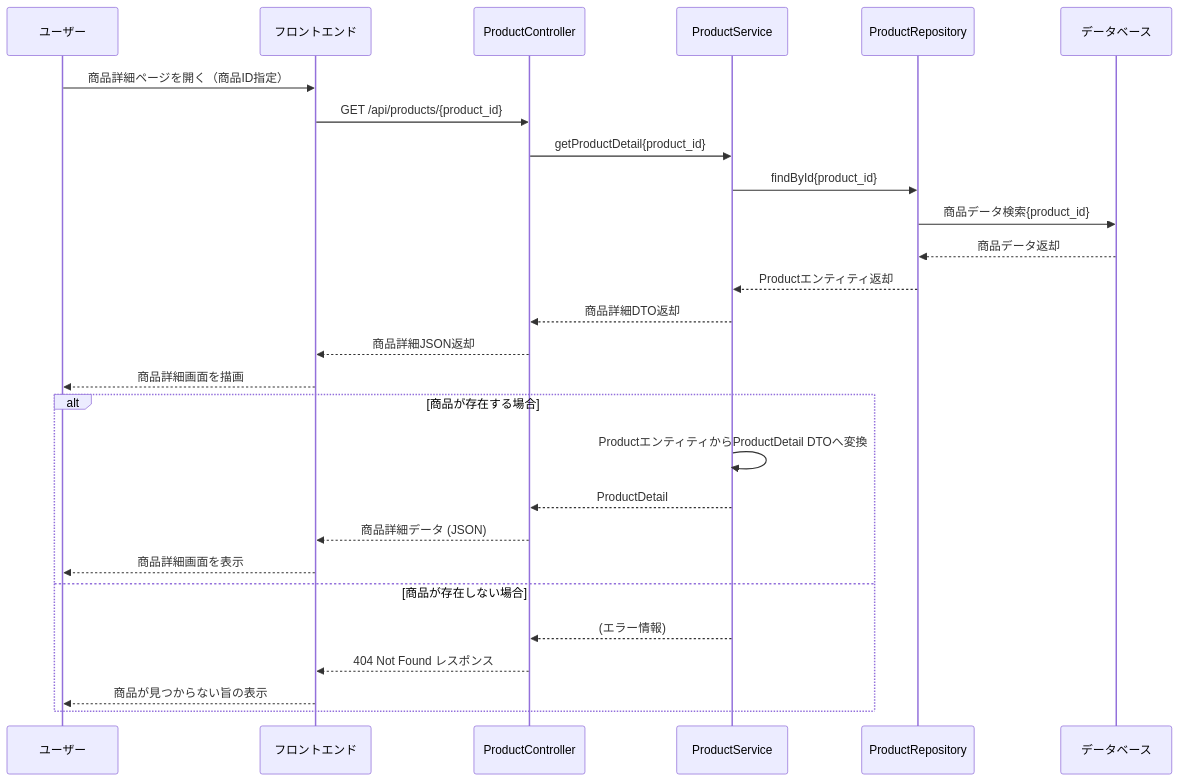
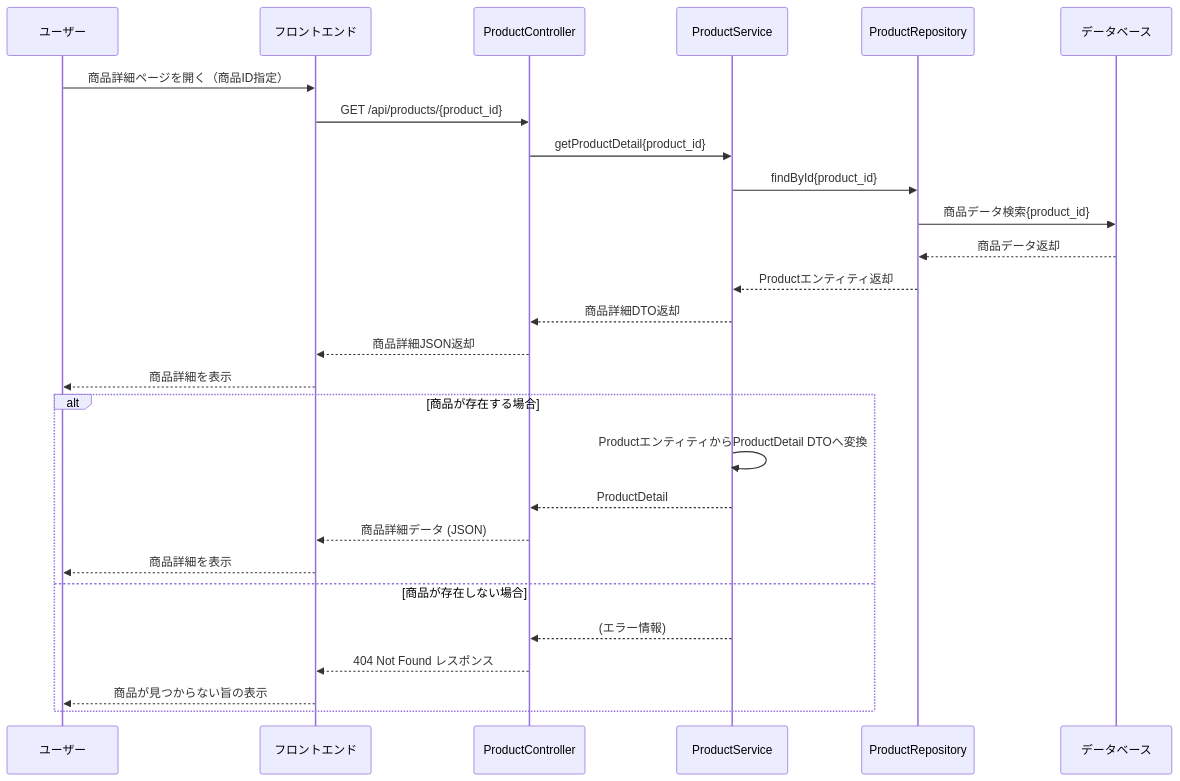
The third of 29 diagrams in 詳細設計/担当B_村田/3.2 機能詳細.md (Aoi-Yaegashi/teamF), drawn with Mermaid before and after one commit. The commit also changed other lines of this file and 1 other file, not shown here.

```diff
--- a/詳細設計/担当B_村田/3.2 機能詳細.md
+++ b/詳細設計/担当B_村田/3.2 機能詳細.md
@@ -71,30 +71,30 @@
    <div class="mermaid">
 sequenceDiagram
     participant User as ユーザー
     participant Browser as フロントエンド
     participant Controller as ProductController
     participant Service as ProductService
     participant Repo as ProductRepository
     participant DB as データベース
 
     User->>Browser: 商品詳細ページを開く（商品ID指定）
     Browser->>Controller: GET /api/products/{product_id}
     Controller->>Service: getProductDetail{product_id}
     Service->>Repo: findById{product_id}
     Repo->>DB: 商品データ検索{product_id}
     DB-->>Repo: 商品データ返却
     Repo-->>Service: Productエンティティ返却
     Service-->>Controller: 商品詳細DTO返却
     Controller-->>Browser: 商品詳細JSON返却
-    Browser-->>User: 商品詳細画面を描画
+    Browser-->>User: 商品詳細を表示
     alt 商品が存在する場合
         Service->>Service: ProductエンティティからProductDetail DTOへ変換
         Service-->>Controller: ProductDetail
         Controller-->>Browser: 商品詳細データ (JSON)
-        Browser-->>User: 商品詳細画面を表示
+        Browser-->>User: 商品詳細を表示
     else 商品が存在しない場合
         Service-->>Controller: (エラー情報)
         Controller-->>Browser: 404 Not Found レスポンス
         Browser-->>User: 商品が見つからない旨の表示
     end
 </div>
```
